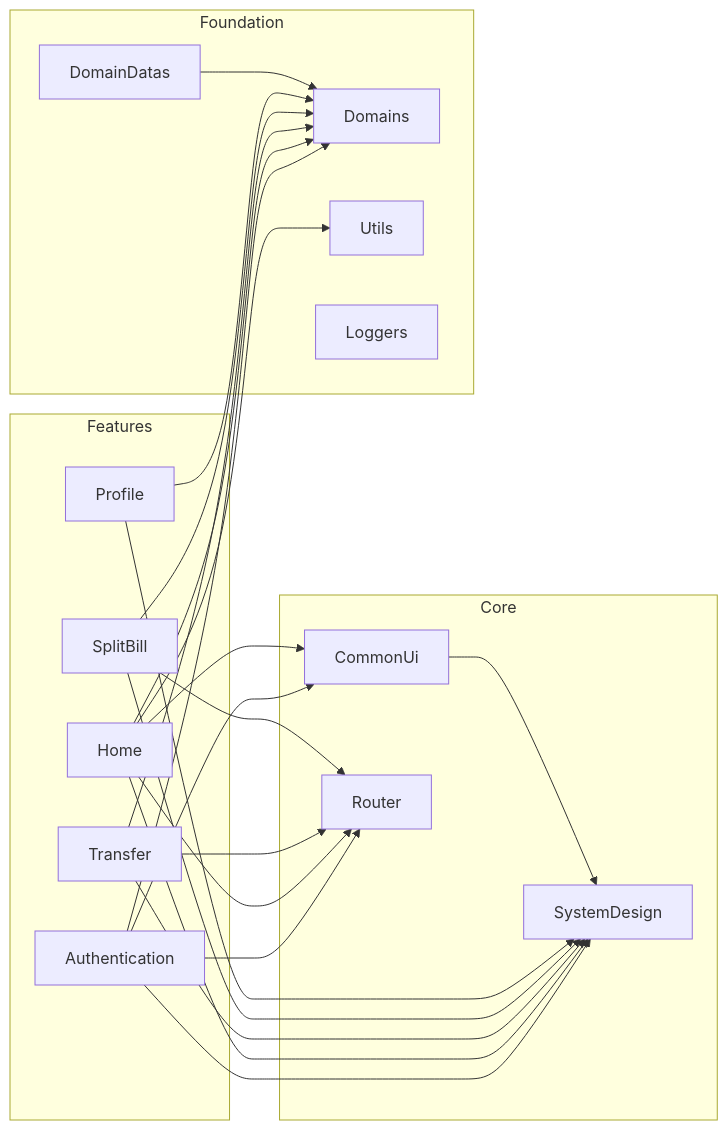
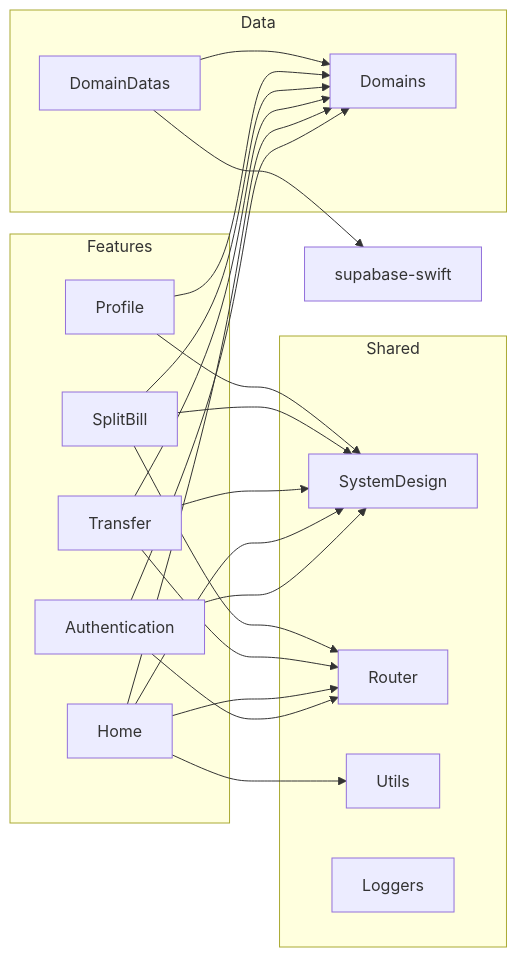
One commit to coquach/split-bill-app changed the fifth of 7 diagrams in README.md. Above: the diagram before and after it, drawn with Mermaid. The commit also changed other lines of this file and 4 other files, not shown here.

````diff
--- a/README.md
+++ b/README.md
@@ -177,29 +265,28 @@
 ```mermaid
 flowchart LR
     subgraph Features
         Auth[Authentication]
-        Home[Home]
-        Transfer[Transfer]
+        Home
+        Transfer
         Split[SplitBill]
-        Profile[Profile]
+        Profile
     end
-    subgraph Core
-        CommonUi
+    subgraph Shared
         SystemDesign
         Router
-    end
-    subgraph Foundation
-        Domains
-        DomainDatas
         Utils
         Loggers
     end
+    subgraph Data
+        Domains
+        DomainDatas
+    end
 
-    Auth --> Domains & Router & SystemDesign & CommonUi
-    Home --> Domains & Router & SystemDesign & CommonUi & Utils
+    Auth --> Domains & Router & SystemDesign
+    Home --> Domains & Router & SystemDesign & Utils
     Transfer --> Domains & Router & SystemDesign
     Split --> Domains & Router & SystemDesign
     Profile --> Domains & SystemDesign
-    CommonUi --> SystemDesign
     DomainDatas --> Domains
+    DomainDatas --> Supa["supabase-swift"]
 ```
````
